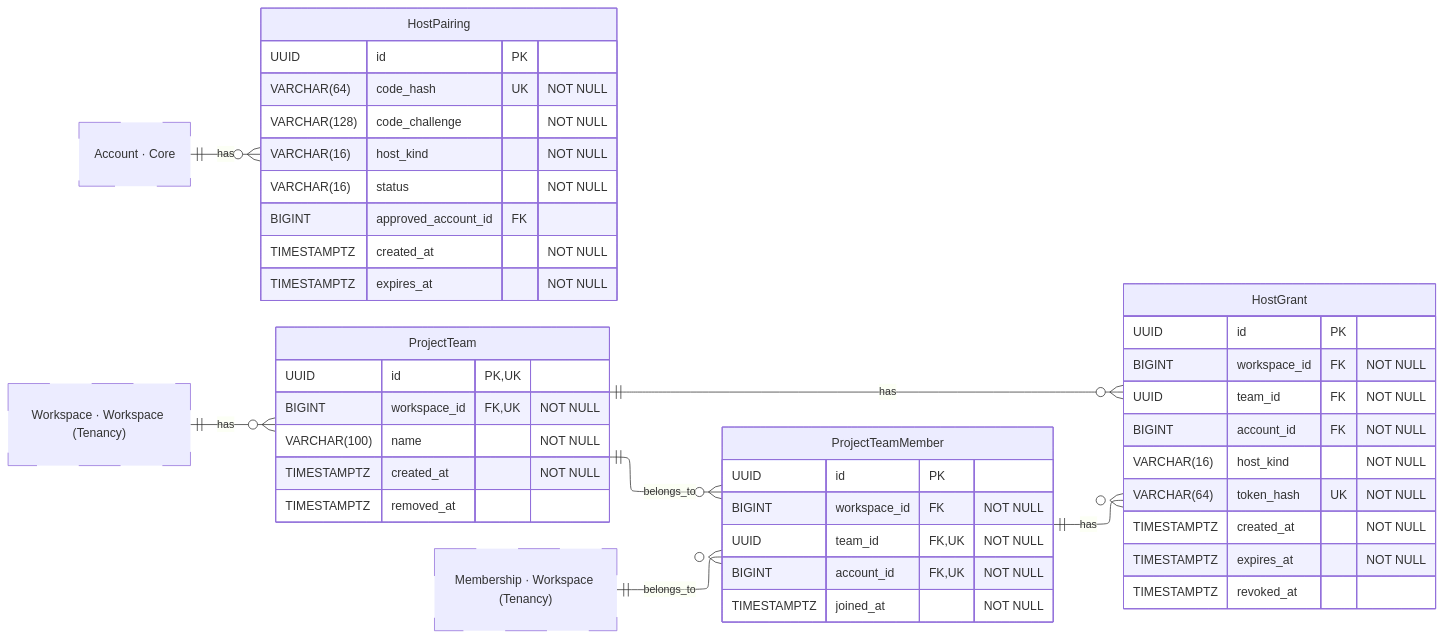
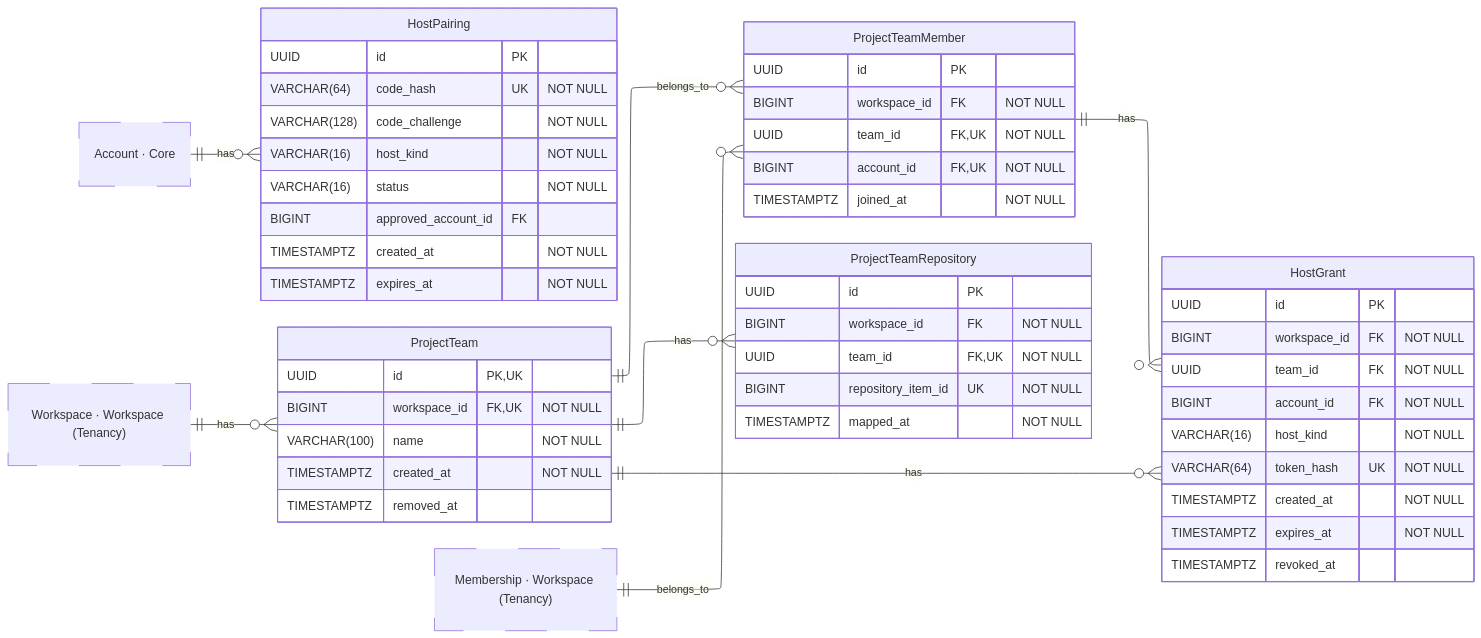
Before and after one commit to hephaestus-build/Hephaestus: the diagram in docs/contributor/erd/project.mmd, drawn with Mermaid. The commit also changed 7 other files, not shown here.

Commit message:
feat(server): storage for the repositories that an admin maps to a team project

```diff
--- a/docs/contributor/erd/project.mmd
+++ b/docs/contributor/erd/project.mmd
@@ -1,72 +1,81 @@
 ---
 config:
     layout: elk
 ---
 erDiagram
     %% Generated automatically from PostgreSQL database schema
     %% using scripts/generate-mermaid-erd.ts
     %% To regenerate: vp run db:generate-erd-docs
 
     direction LR
 
     HostGrant {
         UUID id PK
         BIGINT workspace_id FK "NOT NULL"
         UUID team_id FK "NOT NULL"
         BIGINT account_id FK "NOT NULL"
         VARCHAR(16) host_kind "NOT NULL"
         VARCHAR(64) token_hash UK "NOT NULL"
         TIMESTAMPTZ created_at "NOT NULL"
         TIMESTAMPTZ expires_at "NOT NULL"
         TIMESTAMPTZ revoked_at
     }
 
     HostPairing {
         UUID id PK
         VARCHAR(64) code_hash UK "NOT NULL"
         VARCHAR(128) code_challenge "NOT NULL"
         VARCHAR(16) host_kind "NOT NULL"
         VARCHAR(16) status "NOT NULL"
         BIGINT approved_account_id FK
         TIMESTAMPTZ created_at "NOT NULL"
         TIMESTAMPTZ expires_at "NOT NULL"
     }
 
     ProjectTeam {
         UUID id PK,UK
         BIGINT workspace_id FK,UK "NOT NULL"
         VARCHAR(100) name "NOT NULL"
         TIMESTAMPTZ created_at "NOT NULL"
         TIMESTAMPTZ removed_at
     }
 
     ProjectTeamMember {
         UUID id PK
         BIGINT workspace_id FK "NOT NULL"
         UUID team_id FK,UK "NOT NULL"
         BIGINT account_id FK,UK "NOT NULL"
         TIMESTAMPTZ joined_at "NOT NULL"
     }
 
+    ProjectTeamRepository {
+        UUID id PK
+        BIGINT workspace_id FK "NOT NULL"
+        UUID team_id FK,UK "NOT NULL"
+        BIGINT repository_item_id UK "NOT NULL"
+        TIMESTAMPTZ mapped_at "NOT NULL"
+    }
+
     Account["Account · Core"]
     Membership["Membership · Workspace (Tenancy)"]
     Workspace["Workspace · Workspace (Tenancy)"]
 
     %% Relationships
     %% One-to-Many relationships
     ProjectTeamMember ||--o{ HostGrant : has
     ProjectTeam ||--o{ HostGrant : has
     Account ||--o{ HostPairing : has
     Workspace ||--o{ ProjectTeam : has
     Membership ||--o{ ProjectTeamMember : belongs_to
     ProjectTeam ||--o{ ProjectTeamMember : belongs_to
+    ProjectTeam ||--o{ ProjectTeamRepository : has
 
     %% Styling
     classDef primaryEntity stroke-width:2px
     classDef associationEntity stroke-width:1px
     classDef metadataEntity stroke-width:1px
     classDef referenceEntity stroke-dasharray:5 5
 
     class Account referenceEntity
     class Membership referenceEntity
     class Workspace referenceEntity
```
